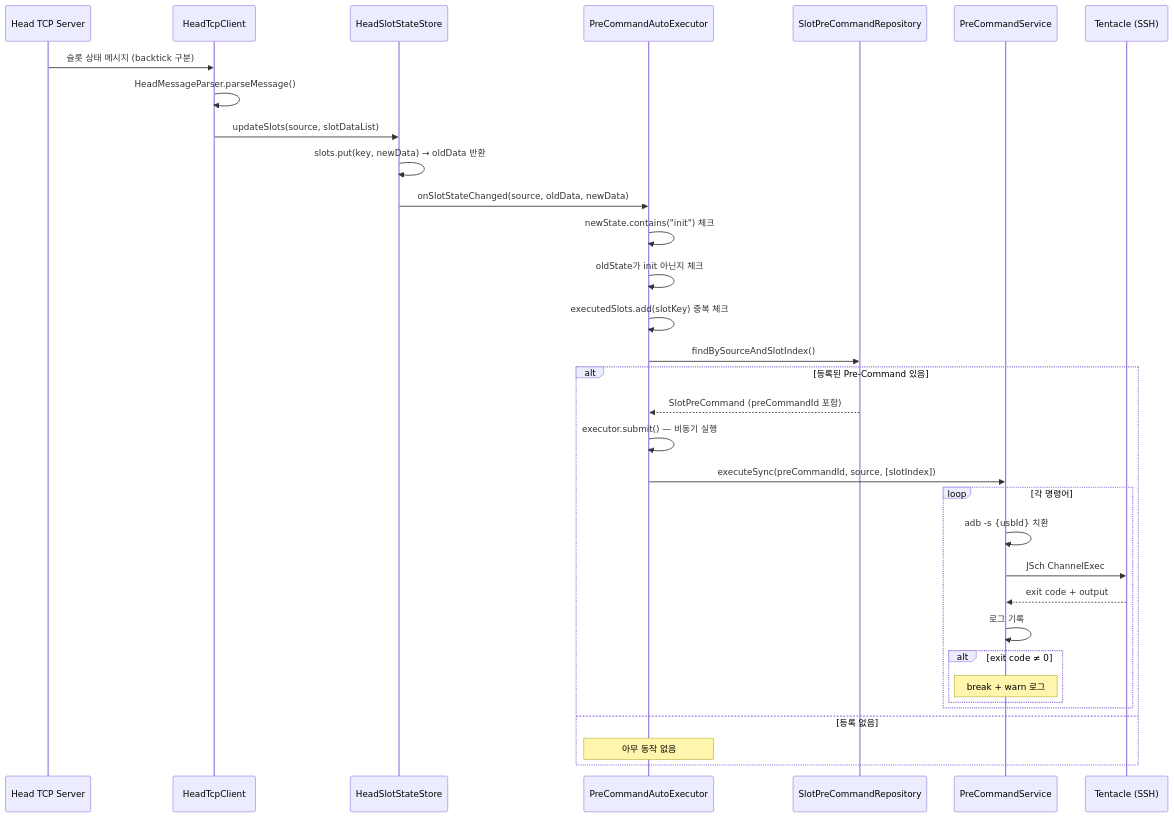
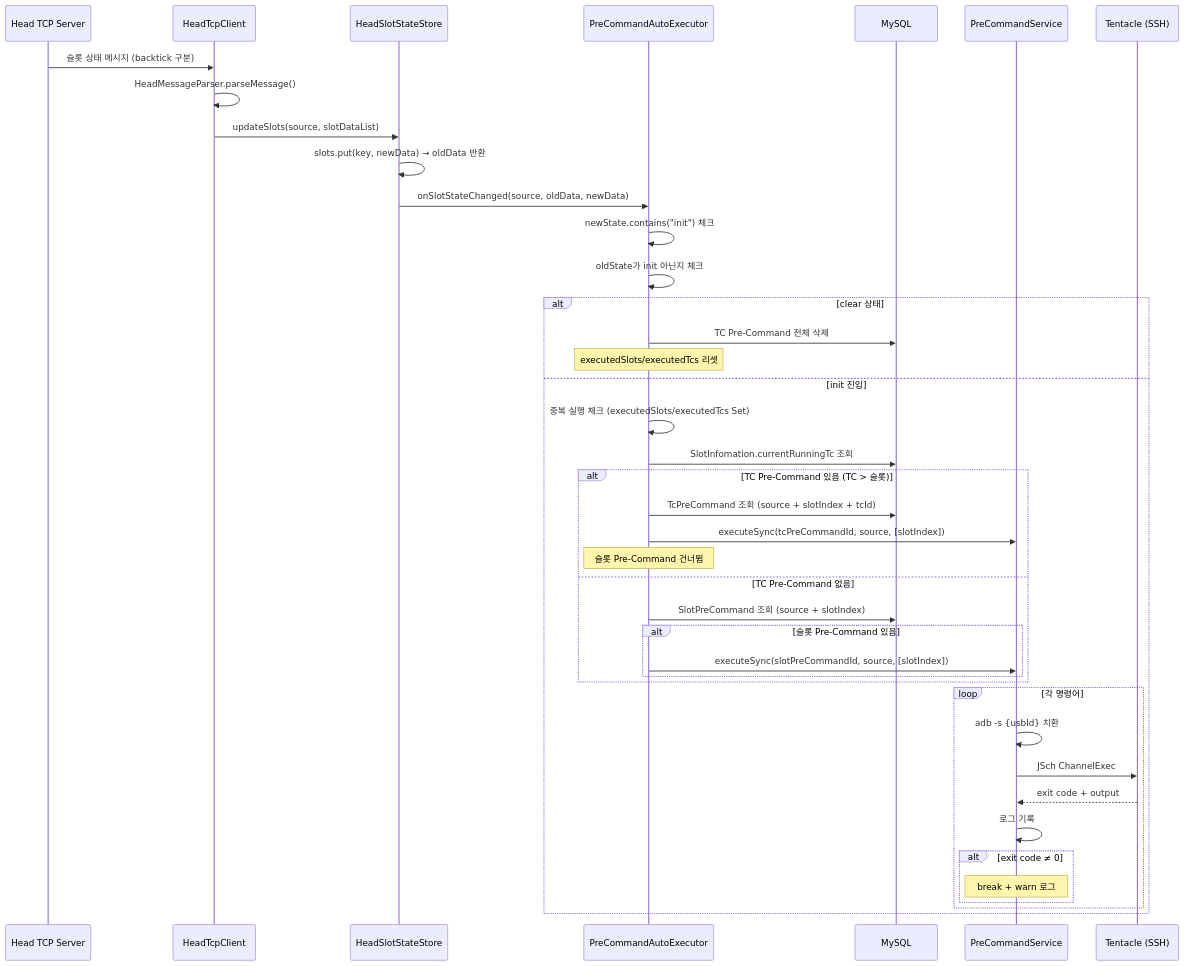
Before and after one commit to kakaromo/kakaromo.github.io: the second of 6 diagrams in src/content/docs/internals/pre-command-execution-flow.md, drawn with Mermaid. The commit also changed other lines of this file and 5 other files, not shown here.

First line of the commit message:
docs: Pre-Command 문서 전면 재작성 — 슬롯/TC 통합, 아키텍처/API/실행흐름

````diff
--- a/src/content/docs/internals/pre-command-execution-flow.md
+++ b/src/content/docs/internals/pre-command-execution-flow.md
@@ -81,42 +81,50 @@
 ```mermaid
 sequenceDiagram
     participant HEAD as Head TCP Server
     participant TCP as HeadTcpClient
     participant STORE as HeadSlotStateStore
     participant AUTO as PreCommandAutoExecutor
-    participant REPO as SlotPreCommandRepository
+    participant DB as MySQL
     participant SVC as PreCommandService
     participant SSH as Tentacle (SSH)
 
     HEAD->>TCP: 슬롯 상태 메시지 (backtick 구분)
     TCP->>TCP: HeadMessageParser.parseMessage()
     TCP->>STORE: updateSlots(source, slotDataList)
 
     STORE->>STORE: slots.put(key, newData) → oldData 반환
     STORE->>AUTO: onSlotStateChanged(source, oldData, newData)
 
     AUTO->>AUTO: newState.contains("init") 체크
     AUTO->>AUTO: oldState가 init 아닌지 체크
-    AUTO->>AUTO: executedSlots.add(slotKey) 중복 체크
 
-    AUTO->>REPO: findBySourceAndSlotIndex()
+    alt clear 상태
+        AUTO->>DB: TC Pre-Command 전체 삭제
+        Note over AUTO: executedSlots/executedTcs 리셋
+    else init 진입
+        AUTO->>AUTO: 중복 실행 체크 (executedSlots/executedTcs Set)
+        AUTO->>DB: SlotInfomation.currentRunningTc 조회
 
-    alt 등록된 Pre-Command 있음
-        REPO-->>AUTO: SlotPreCommand (preCommandId 포함)
-        AUTO->>AUTO: executor.submit() — 비동기 실행
-        AUTO->>SVC: executeSync(preCommandId, source, [slotIndex])
+        alt TC Pre-Command 있음 (TC > 슬롯)
+            AUTO->>DB: TcPreCommand 조회 (source + slotIndex + tcId)
+            AUTO->>SVC: executeSync(tcPreCommandId, source, [slotIndex])
+            Note over AUTO: 슬롯 Pre-Command 건너뜀
+        else TC Pre-Command 없음
+            AUTO->>DB: SlotPreCommand 조회 (source + slotIndex)
+            alt 슬롯 Pre-Command 있음
+                AUTO->>SVC: executeSync(slotPreCommandId, source, [slotIndex])
+            end
+        end
 
         loop 각 명령어
             SVC->>SVC: adb -s {usbId} 치환
             SVC->>SSH: JSch ChannelExec
             SSH-->>SVC: exit code + output
             SVC->>SVC: 로그 기록
 
             alt exit code ≠ 0
                 Note over SVC: break + warn 로그
             end
         end
-    else 등록 없음
-        Note over AUTO: 아무 동작 없음
     end
 ```
````
